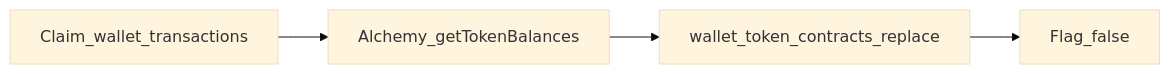
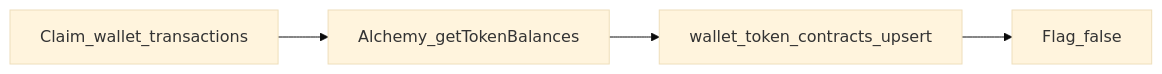
One commit to GlobalScoreAgent/gsa-workers changed the third of 4 diagrams in docs/ARCHITECTURE.md. Above: the diagram before and after it, drawn with Mermaid (base theme). The commit also changed other lines of this file and 6 other files, not shown here.

First line of the commit message:
Switch token contract discovery to upsert-only (no wipe).

````diff
--- a/docs/ARCHITECTURE.md
+++ b/docs/ARCHITECTURE.md
@@ -102,8 +102,8 @@
 ```mermaid
 flowchart LR
   claimWt[Claim_wallet_transactions]
   alchemy[Alchemy_getTokenBalances]
-  replace["wallet_token_contracts_replace"]
+  upsertFn["wallet_token_contracts_upsert"]
   done[Flag_false]
-  claimWt --> alchemy --> replace --> done
+  claimWt --> alchemy --> upsertFn --> done
 ```
````
